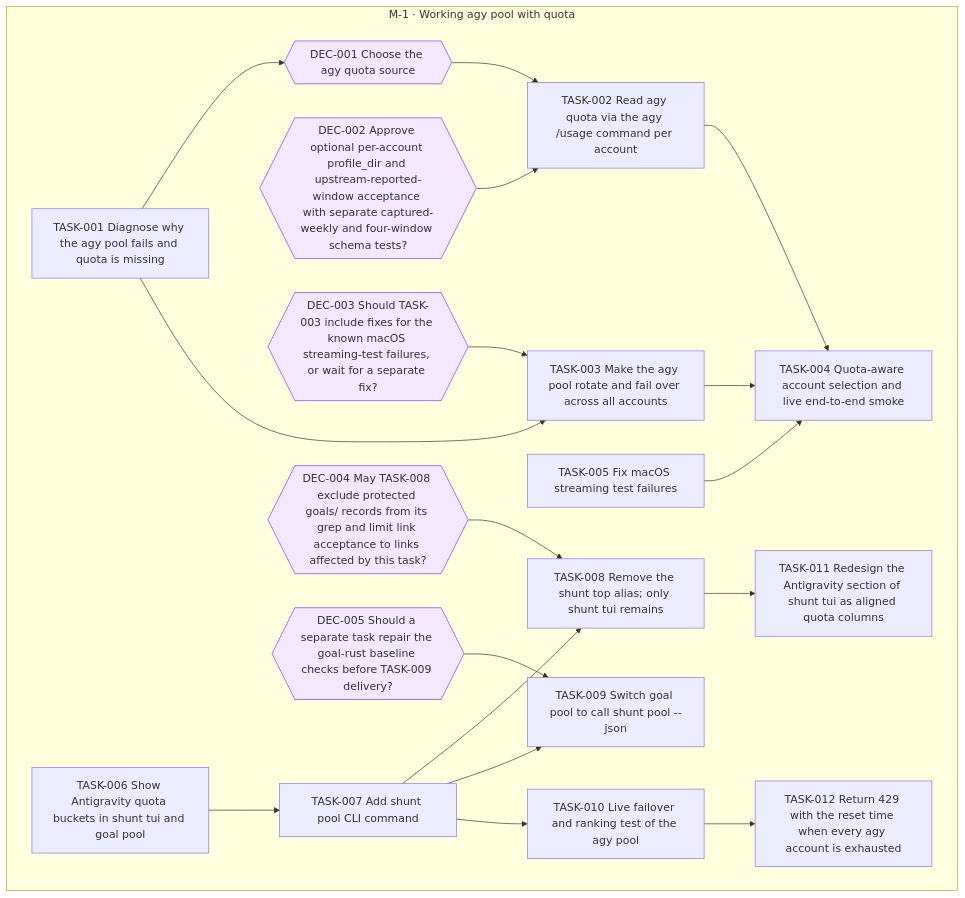
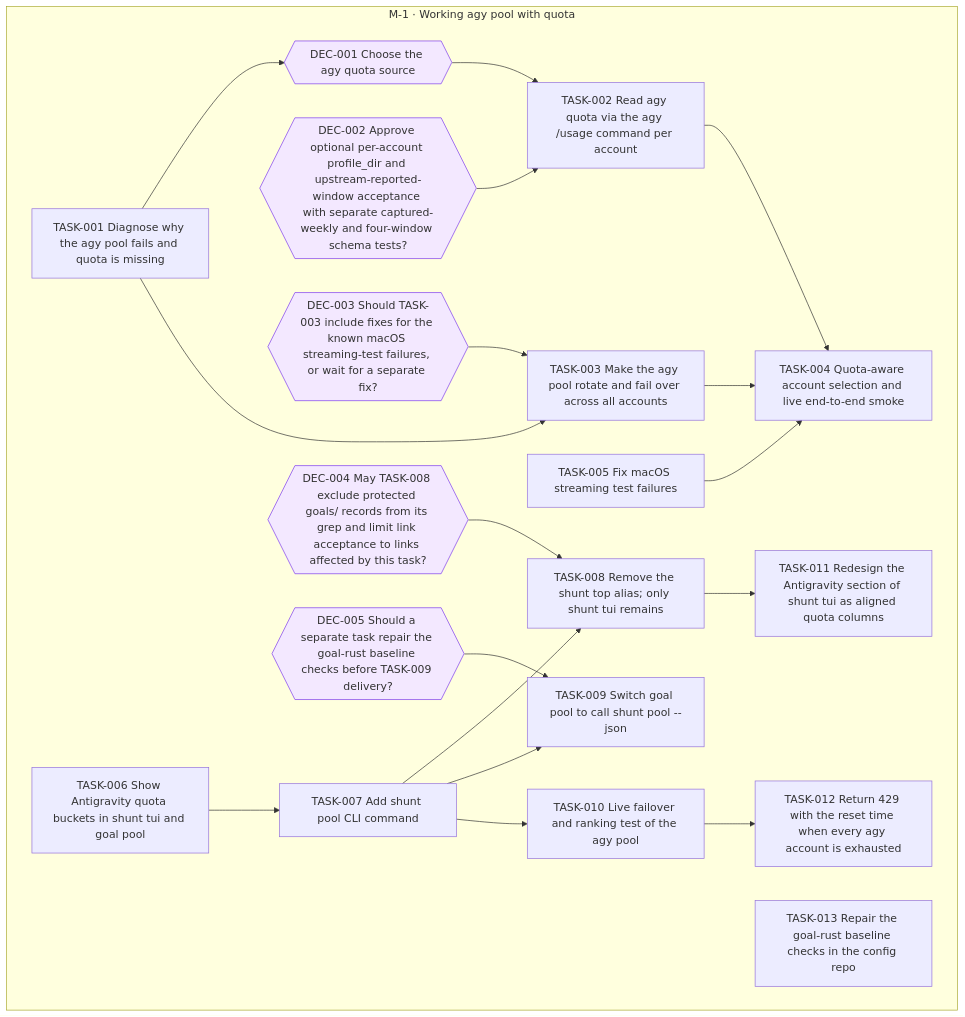
One commit to jesusvillota/shunt changed the diagram in goals/agy-pool/README.md. Above: the diagram before and after it, drawn with Mermaid. The commit also changed 1 other file, not shown here.

Commit message:
goal(agy-pool): add TASK-013 Repair the goal-rust baseline checks in the config repo

````diff
--- a/goals/agy-pool/README.md
+++ b/goals/agy-pool/README.md
@@ -19,46 +19,47 @@
 ```mermaid
 flowchart TD
   subgraph M_1["M-1 · Working agy pool with quota"]
     DEC_001{{"DEC-001 Choose the agy quota source"}}
     DEC_002{{"DEC-002 Approve optional per-account profile_dir and upstream-reported-window acceptance with separate captured-weekly and four-window schema tests?"}}
     DEC_003{{"DEC-003 Should TASK-003 include fixes for the known macOS streaming-test failures, or wait for a separate fix?"}}
     DEC_004{{"DEC-004 May TASK-008 exclude protected goals/ records from its grep and limit link acceptance to links affected by this task?"}}
     DEC_005{{"DEC-005 Should a separate task repair the goal-rust baseline checks before TASK-009 delivery?"}}
     TASK_001["TASK-001 Diagnose why the agy pool fails and quota is missing"]
     TASK_002["TASK-002 Read agy quota via the agy /usage command per account"]
     TASK_003["TASK-003 Make the agy pool rotate and fail over across all accounts"]
     TASK_004["TASK-004 Quota-aware account selection and live end-to-end smoke"]
     TASK_005["TASK-005 Fix macOS streaming test failures"]
     TASK_006["TASK-006 Show Antigravity quota buckets in shunt tui and goal pool"]
     TASK_007["TASK-007 Add shunt pool CLI command"]
     TASK_008["TASK-008 Remove the shunt top alias; only shunt tui remains"]
     TASK_009["TASK-009 Switch goal pool to call shunt pool --json"]
     TASK_010["TASK-010 Live failover and ranking test of the agy pool"]
     TASK_011["TASK-011 Redesign the Antigravity section of shunt tui as aligned quota columns"]
     TASK_012["TASK-012 Return 429 with the reset time when every agy account is exhausted"]
+    TASK_013["TASK-013 Repair the goal-rust baseline checks in the config repo"]
   end
   TASK_001 --> DEC_001
   DEC_001 --> TASK_002
   DEC_002 --> TASK_002
   TASK_001 --> TASK_003
   DEC_003 --> TASK_003
   TASK_002 --> TASK_004
   TASK_003 --> TASK_004
   TASK_005 --> TASK_004
   TASK_006 --> TASK_007
   TASK_007 --> TASK_008
   DEC_004 --> TASK_008
   TASK_007 --> TASK_009
   DEC_005 --> TASK_009
   TASK_007 --> TASK_010
   TASK_008 --> TASK_011
   TASK_010 --> TASK_012
   classDef draft stroke-dasharray: 4 3
   classDef cancelled opacity:0.45
   classDef decision fill:#f3e8ff,stroke:#7c3aed
   class DEC_001 decision
   class DEC_002 decision
   class DEC_003 decision
   class DEC_004 decision
   class DEC_005 decision
 ```
````
